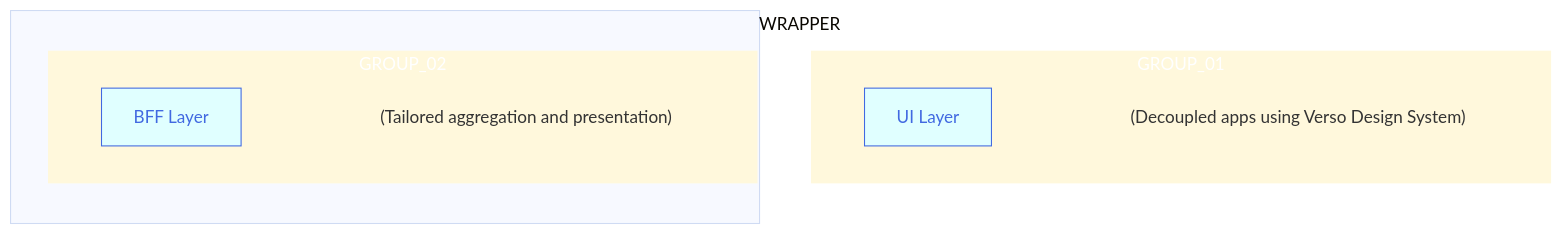
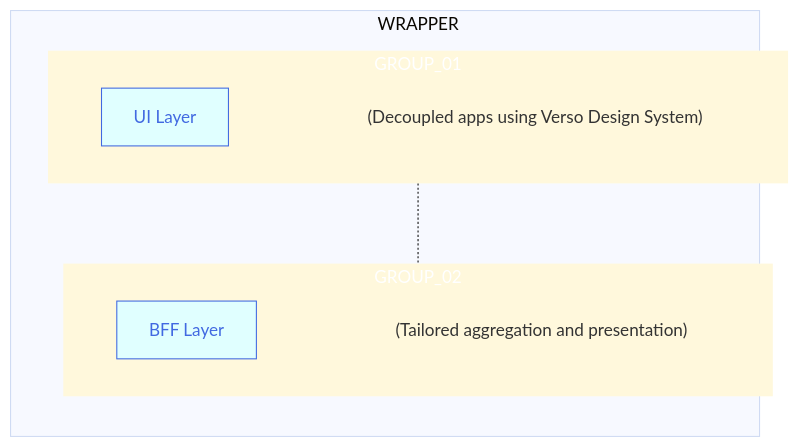
The diagram in buttons_mermaid_v5.md (joe-dorward/samples), drawn with Mermaid (base theme) before and after one commit.

````diff
--- a/buttons_mermaid_v5.md
+++ b/buttons_mermaid_v5.md
@@ -3,47 +3,47 @@
 ```mermaid
   %%{
     init: {
       "flowchart": { "markdownAutoWrap":"false", "textWrap":"false", "textAlign":"left", "wrappingWidth": "100%" }
     }
   }%%
   flowchart TD
 
   classDef Button fill:lightcyan, stroke:royalblue, color:royalblue;
   classDef Note fill:transparent, stroke-width:0px
   %% ---------- ---------- ---------- ---------- ---------- ---------- ---------- ---------- ---------- ----------
 subgraph WRAPPER
   direction TD
 
   subgraph GROUP_01
     %%direction LR
 
     BUTTON_01_NOTE["(Decoupled apps using Verso Design System)"]:::Note
     BUTTON_01["UI Layer"]:::Button
     click BUTTON_01 "https://en.wikipedia.org/wiki/Main_Page" _blank
 
     BUTTON_01~~~
     BUTTON_01_NOTE
   end
   %% ---------- ---------- ---------- ---------- ---------- ---------- ---------- ---------- ---------- ----------
   subgraph GROUP_02
     %%direction LR
 
     BUTTON_02_NOTE["(Tailored aggregation and presentation)"]:::Note
     BUTTON_02["BFF Layer"]:::Button
     click BUTTON_02 "https://en.wikipedia.org/wiki/Main_Page" _blank
 
     BUTTON_02~~~
     BUTTON_02_NOTE
   end
 end
   %% ---------- ---------- ---------- ---------- ---------- ---------- ---------- ---------- ---------- ----------
 
-%%GROUP_01-.-GROUP_02
+GROUP_01-.-GROUP_02
 
 %%BUTTON_01-->BUTTON_02
 
   style GROUP_01 fill:cornsilk, color:white, stroke-width:0px
   style GROUP_02 fill:cornsilk, color:white, stroke-width:0px
 
   style WRAPPER width: 700px
 ```
````
